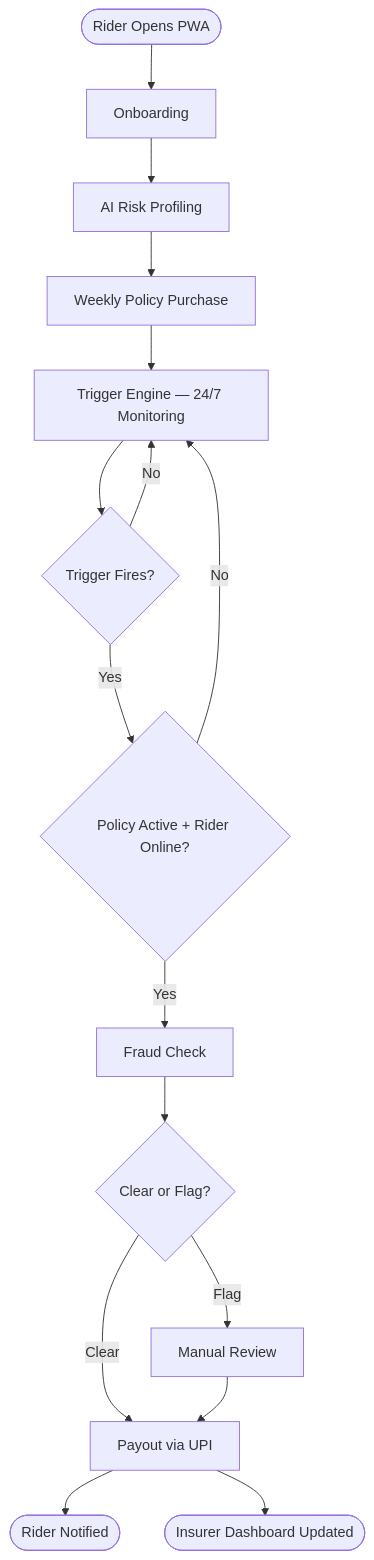
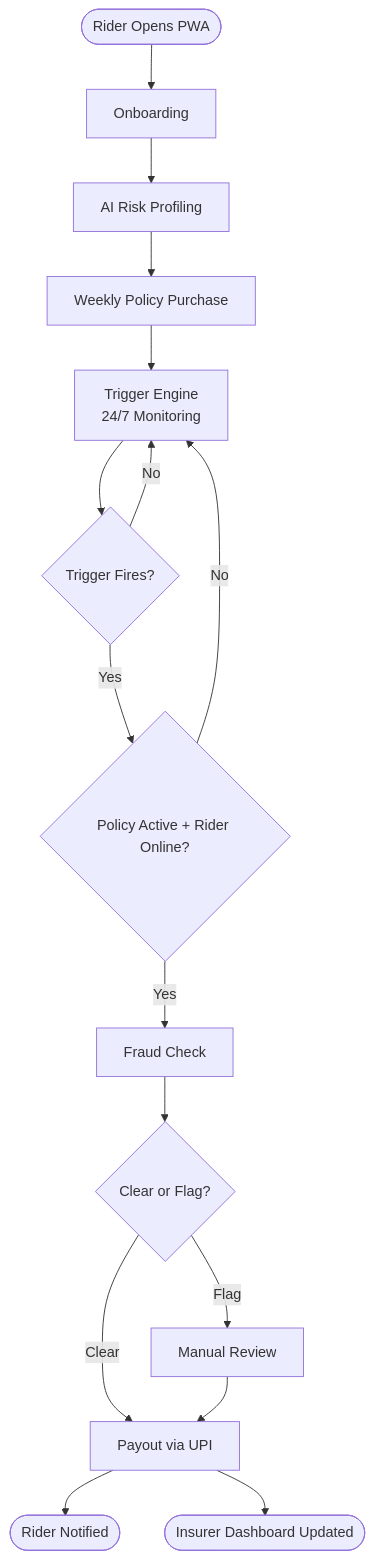
The diagram in README.md (harsh-space/coverent), drawn with Mermaid before and after one commit.

Commit message:
Phase 1: Add project README and strategy document

````diff
--- a/README.md
+++ b/README.md
@@ -77,19 +77,19 @@
 ```mermaid
-%%{init: {'theme': 'default'}}%%
+%%{init: {'theme': 'default', 'themeVariables': {'background': '#ffffff'}}}%%
 flowchart TD
     A([Rider Opens PWA]) --> B[Onboarding]
     B --> C[AI Risk Profiling]
     C --> D[Weekly Policy Purchase]
-    D --> E[Trigger Engine — 24/7 Monitoring]
+    D --> E[Trigger Engine\n24/7 Monitoring]
     E --> F{Trigger Fires?}
     F -- No --> E
     F -- Yes --> G{Policy Active + Rider Online?}
     G -- No --> E
     G -- Yes --> H[Fraud Check]
     H --> I{Clear or Flag?}
     I -- Clear --> J[Payout via UPI]
     I -- Flag --> K[Manual Review]
     K --> J
     J --> L([Rider Notified])
     J --> M([Insurer Dashboard Updated])
 ```
````
